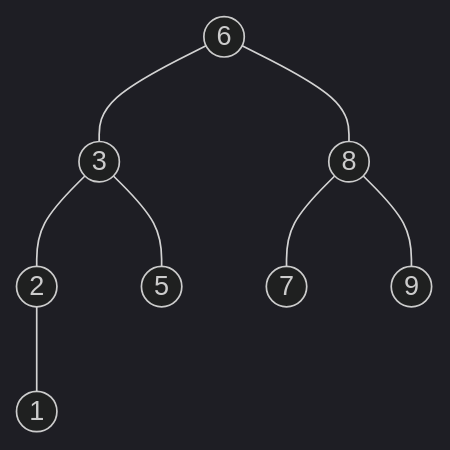
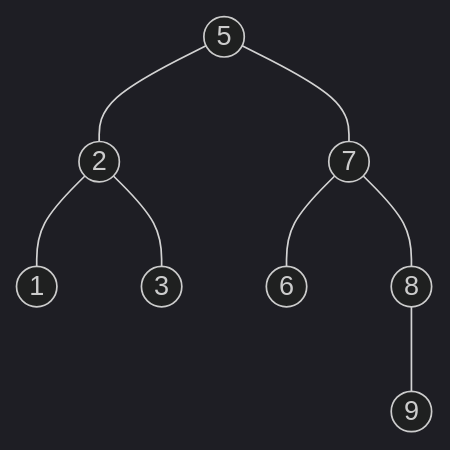
Before and after one commit to maj-rf/odin-cs: the diagram in binary_search_tree/README.md, drawn with Mermaid (dark theme). The commit also changed other lines of this file, not shown here.

Commit message:
fix: change bst example to correct one.

````diff
--- a/binary_search_tree/README.md
+++ b/binary_search_tree/README.md
@@ -15,7 +15,7 @@
 ```mermaid
    graph TD;
-      6((6))---3((3))---2((2))---1((1));
-      3((3))---5((5));
-      6((6))---8((8))---7((7))
-      8((8))---9((9))
+      5((5))---7((7))---8((8))---9((9));
+      7((7))---6((6));
+      5((5))---2((2))---3((3))
+      2((2))---1((1))
 ```
````
